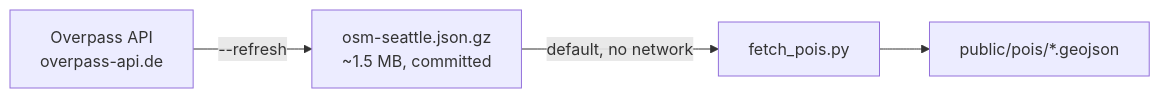
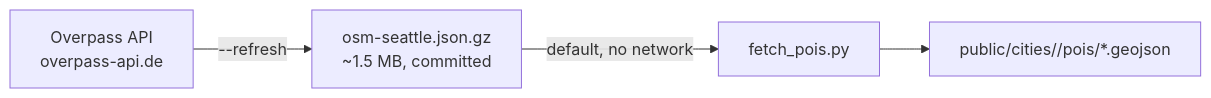
The diagram in wiki/codex/docs/data/pois.md (robogeosociety/walksheds), drawn with Mermaid before and after one commit. The commit also changed other lines of this file and 1279 other files, not shown here.

````diff
--- a/wiki/codex/docs/data/pois.md
+++ b/wiki/codex/docs/data/pois.md
@@ -7,6 +7,6 @@
 ```mermaid
 flowchart LR
   OVP[Overpass API<br/>overpass-api.de] -->|--refresh| DUMP[osm-seattle.json.gz<br/>~1.5 MB, committed]
   DUMP -->|default, no network| BUILD[fetch_pois.py]
-  BUILD --> GEO[public/pois/*.geojson]
+  BUILD --> GEO[public/cities/<slug>/pois/*.geojson]
 ```
````
